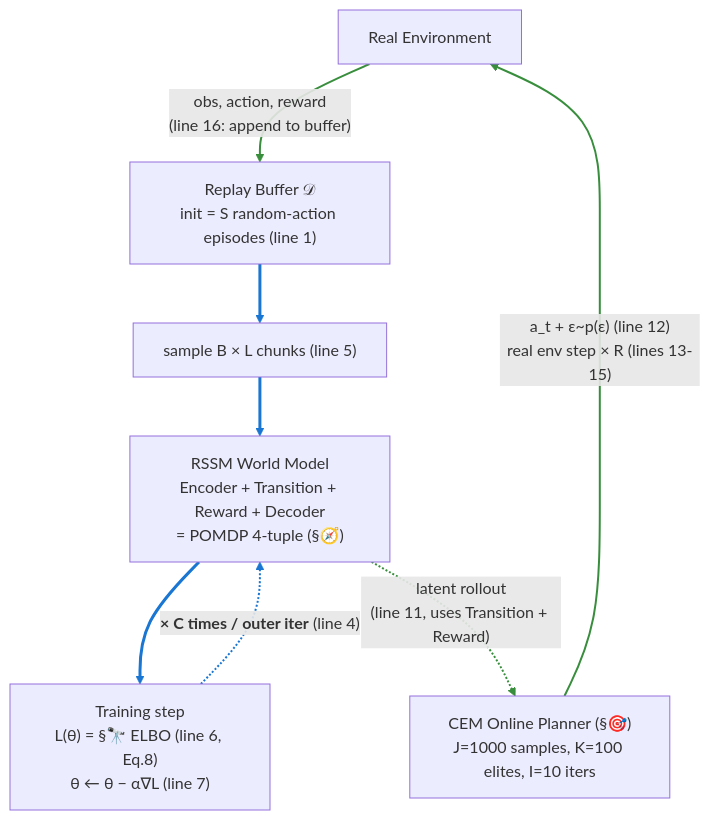
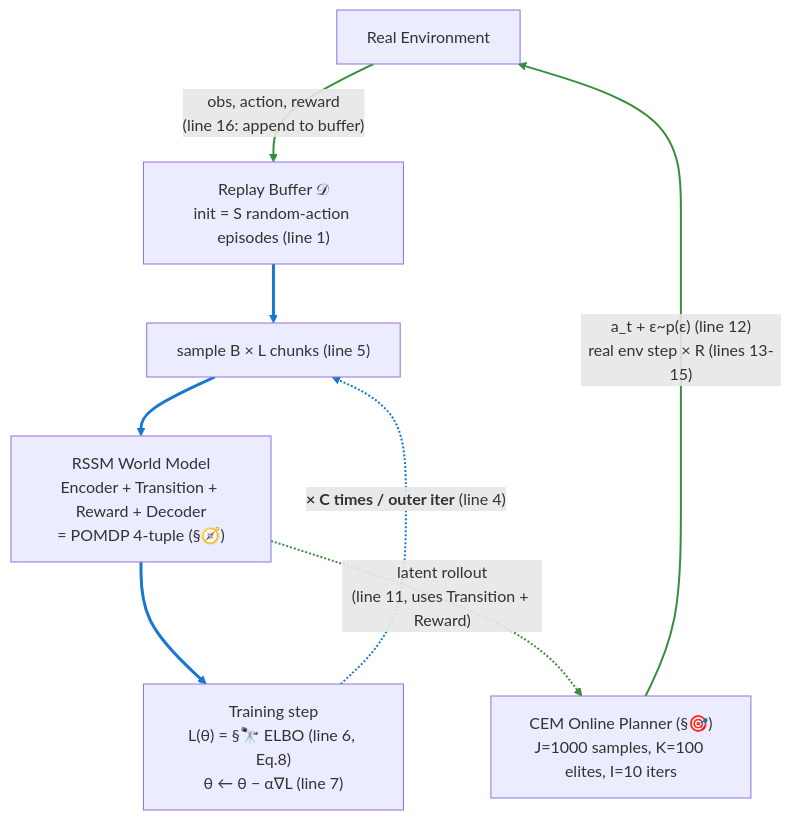
Before and after one commit to jinxinzhou/world-model-study: the seventh of 7 diagrams in World-Model-Study-Notes.md, drawn with Mermaid. The commit also changed 1 other file, not shown here.

Commit message:
docs: route C-iter back-edge to Sample node, not RSSM
In Algorithm 1, line 5 (sample chunks) is inside the 'for s = 1..C'
loop, so each of the C inner iterations re-samples a fresh batch. The
back-edge for 'x C times / outer iter' should therefore close the
loop above the Sample node, not above the RSSM node — otherwise the
diagram implies the sample step happens only once.

New back-edge: Train -.->|x C times| Sample
New loop body shown by the diagram: Sample -> RSSM -> Train -> back

This matches the color-key callout text ('each iter re-samples chunks
+ forward + SGD') and the Algorithm 1 pseudocode on the right.

````diff
--- a/World-Model-Study-Notes.md
+++ b/World-Model-Study-Notes.md
@@ -2168,25 +2168,25 @@
 ```mermaid
 flowchart TD
     Env["Real Environment"]
     Buffer["Replay Buffer 𝒟<br/>init = S random-action episodes (line 1)"]
     Sample["sample B × L chunks (line 5)"]
     RSSM["RSSM World Model<br/>Encoder + Transition + Reward + Decoder<br/>= POMDP 4-tuple (§🧭)"]
     Train["Training step<br/>L(θ) = §🔭 ELBO (line 6, Eq.8)<br/>θ ← θ − α∇L (line 7)"]
     CEM["CEM Online Planner (§🎯)<br/>J=1000 samples, K=100 elites, I=10 iters"]
 
     Env -->|"obs, action, reward<br/>(line 16: append to buffer)"| Buffer
     Buffer --> Sample
     Sample --> RSSM
     RSSM --> Train
-    Train -.->|"<b>× C times / outer iter</b> (line 4)"| RSSM
+    Train -.->|"<b>× C times / outer iter</b> (line 4)"| Sample
     RSSM -.->|"latent rollout<br/>(line 11, uses Transition + Reward)"| CEM
     CEM -->|"a_t + ε~p(ε) (line 12)<br/>real env step × R (lines 13-15)"| Env
 
     linkStyle 0 stroke:#388e3c,stroke-width:2px
     linkStyle 1 stroke:#1976d2,stroke-width:3px
     linkStyle 2 stroke:#1976d2,stroke-width:3px
     linkStyle 3 stroke:#1976d2,stroke-width:3px
     linkStyle 4 stroke:#1976d2,stroke-width:2px
     linkStyle 5 stroke:#388e3c,stroke-width:2px
     linkStyle 6 stroke:#388e3c,stroke-width:2px
 ```
````
